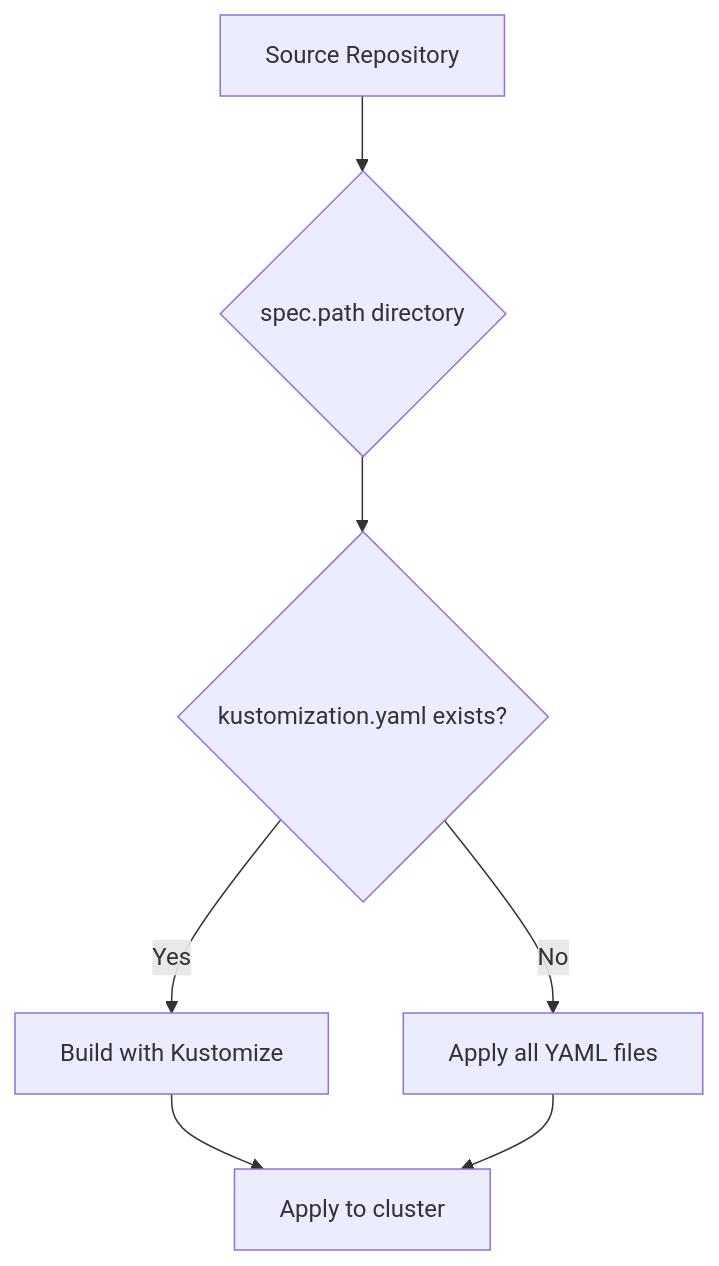
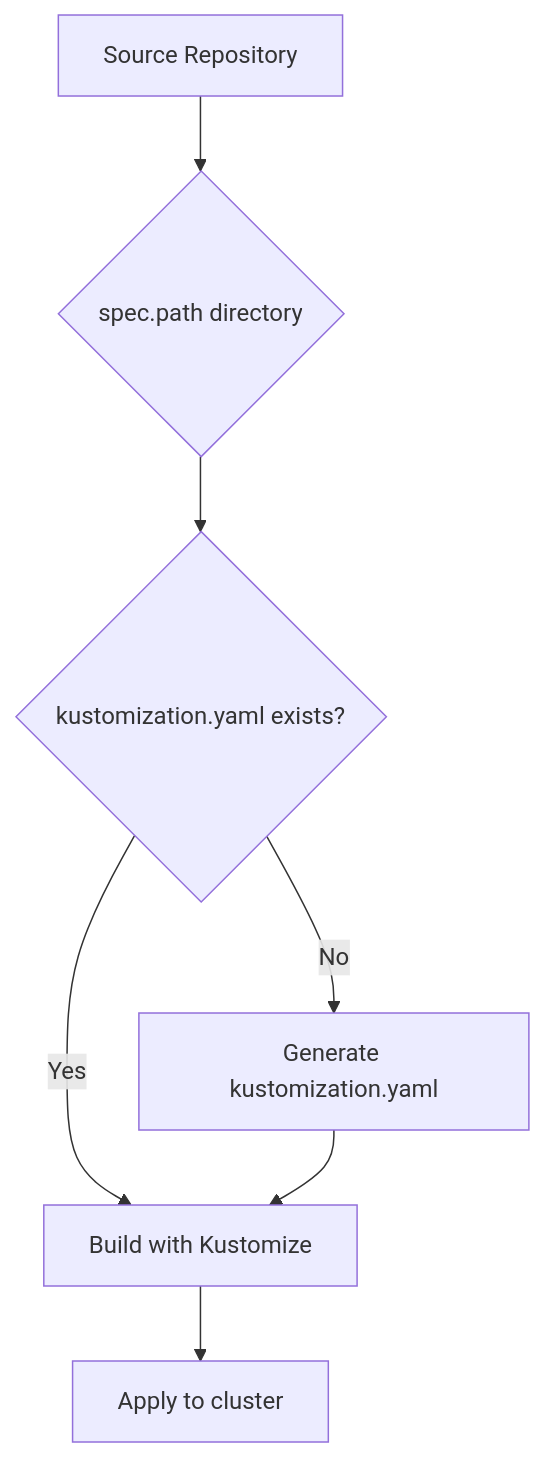
Before and after one commit to OneUptime/blog: the diagram in posts/2026-03-05-configure-kustomization-path-flux/README.md, drawn with Mermaid. The commit also changed 2 other files, not shown here.

Commit message:
validate: 2026-03-05-configure-kustomization-path-flux

````diff
--- a/posts/2026-03-05-configure-kustomization-path-flux/README.md
+++ b/posts/2026-03-05-configure-kustomization-path-flux/README.md
@@ -19,9 +19,9 @@
 ```mermaid
 graph TD
     A[Source Repository] --> B{spec.path directory}
     B --> C{kustomization.yaml exists?}
     C -->|Yes| D[Build with Kustomize]
-    C -->|No| E[Apply all YAML files]
+    C -->|No| E[Generate kustomization.yaml]
+    E --> D
     D --> F[Apply to cluster]
-    E --> F
 ```
````
